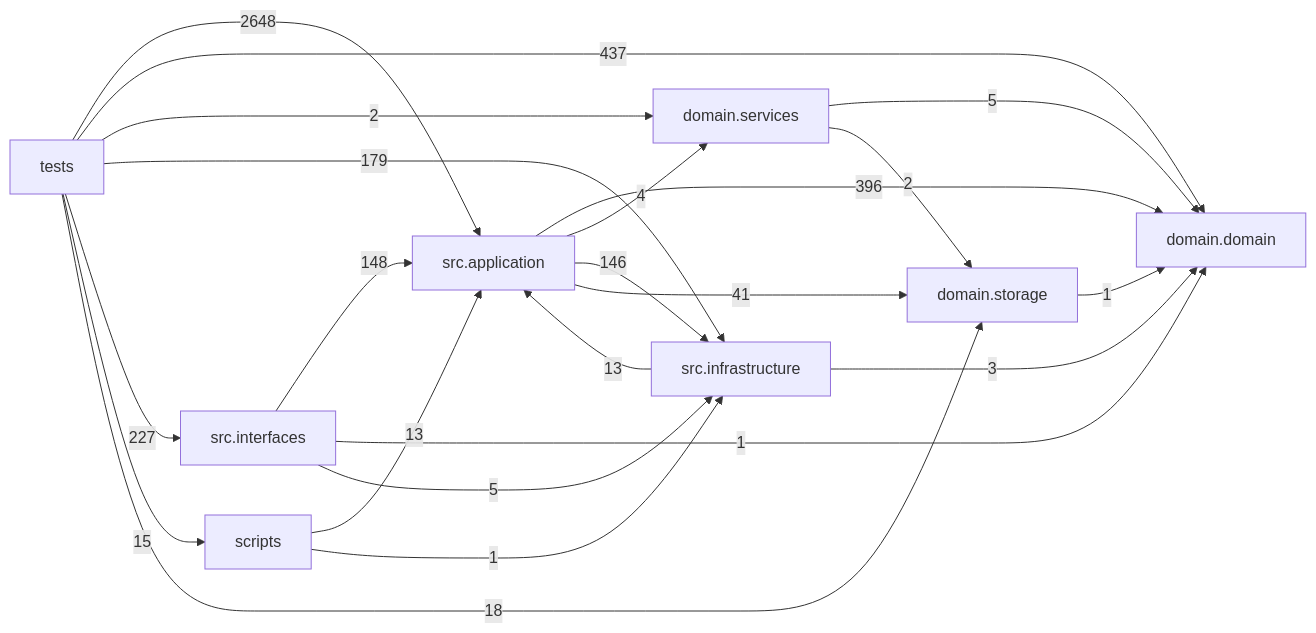
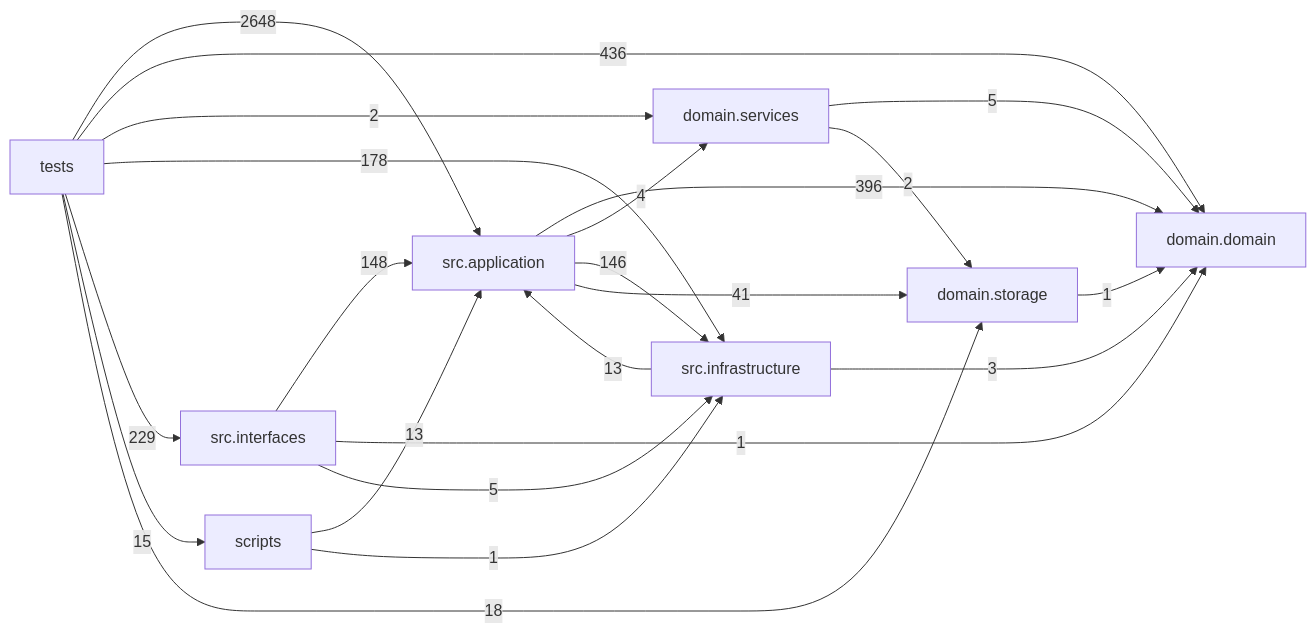
The diagram in docs/DEPENDENCY_GRAPH.md (liuxie066/options-monitor), drawn with Mermaid before and after one commit. The commit also changed other lines of this file and 6 other files, not shown here.

````diff
--- a/docs/DEPENDENCY_GRAPH.md
+++ b/docs/DEPENDENCY_GRAPH.md
@@ -24,32 +24,32 @@
 ```mermaid
 flowchart LR
   tests["tests"]
   scripts["scripts"]
   interfaces["src.interfaces"]
   application["src.application"]
   infrastructure["src.infrastructure"]
   domain_services["domain.services"]
   domain["domain.domain"]
   storage["domain.storage"]
   application -->|396| domain
   application -->|4| domain_services
   application -->|146| infrastructure
   application -->|41| storage
   domain_services -->|5| domain
   domain_services -->|2| storage
   infrastructure -->|13| application
   infrastructure -->|3| domain
   interfaces -->|148| application
   interfaces -->|1| domain
   interfaces -->|5| infrastructure
   scripts -->|13| application
   scripts -->|1| infrastructure
   storage -->|1| domain
   tests -->|2648| application
-  tests -->|437| domain
+  tests -->|436| domain
   tests -->|2| domain_services
-  tests -->|179| infrastructure
-  tests -->|227| interfaces
+  tests -->|178| infrastructure
+  tests -->|229| interfaces
   tests -->|15| scripts
   tests -->|18| storage
 ```
````
